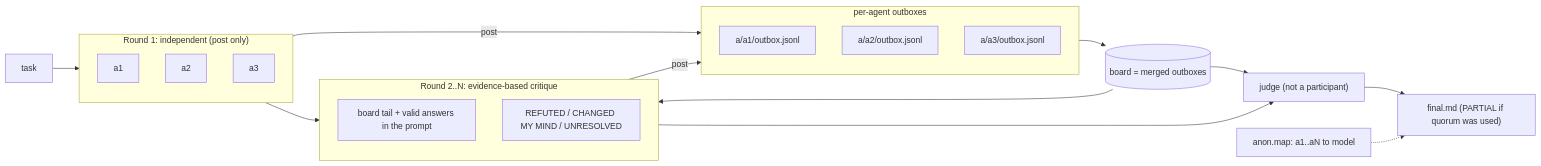
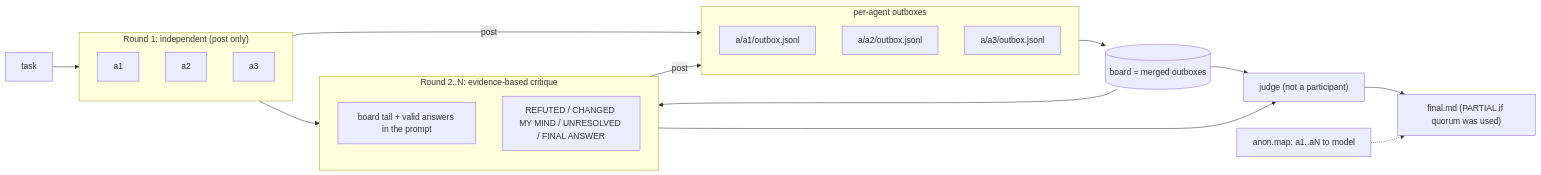
The diagram in README.md (gon7187/agent-swarm), drawn with Mermaid before and after one commit. The commit also changed other lines of this file and 4 other files, not shown here.

````diff
--- a/README.md
+++ b/README.md
@@ -15,32 +15,32 @@
 ```mermaid
 flowchart LR
     T[task] --> R1
 
     subgraph R1["Round 1: independent (post only)"]
         A1[a1]
         A2[a2]
         A3[a3]
     end
 
     subgraph OB[per-agent outboxes]
         O1["a/a1/outbox.jsonl"]
         O2["a/a2/outbox.jsonl"]
         O3["a/a3/outbox.jsonl"]
     end
 
     R1 -- post --> OB
     OB --> B[(board = merged outboxes)]
 
     R1 --> R2
     subgraph R2["Round 2..N: evidence-based critique"]
         C1[board tail + valid answers in the prompt]
-        C2[REFUTED / CHANGED MY MIND / UNRESOLVED]
+        C2[REFUTED / CHANGED MY MIND / UNRESOLVED / FINAL ANSWER]
     end
 
     B --> R2
     R2 -- post --> OB
     R2 --> J["judge (not a participant)"]
     B --> J
     J --> F["final.md (PARTIAL if quorum was used)"]
     M[anon.map: a1..aN to model] -.-> F
 ```
````
